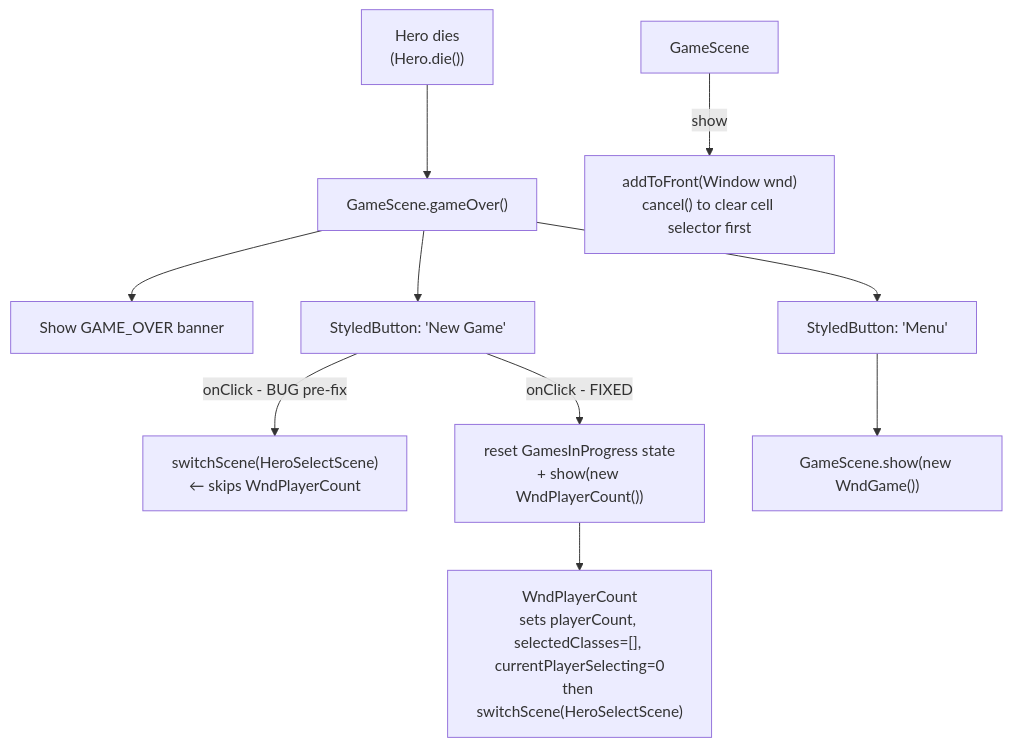
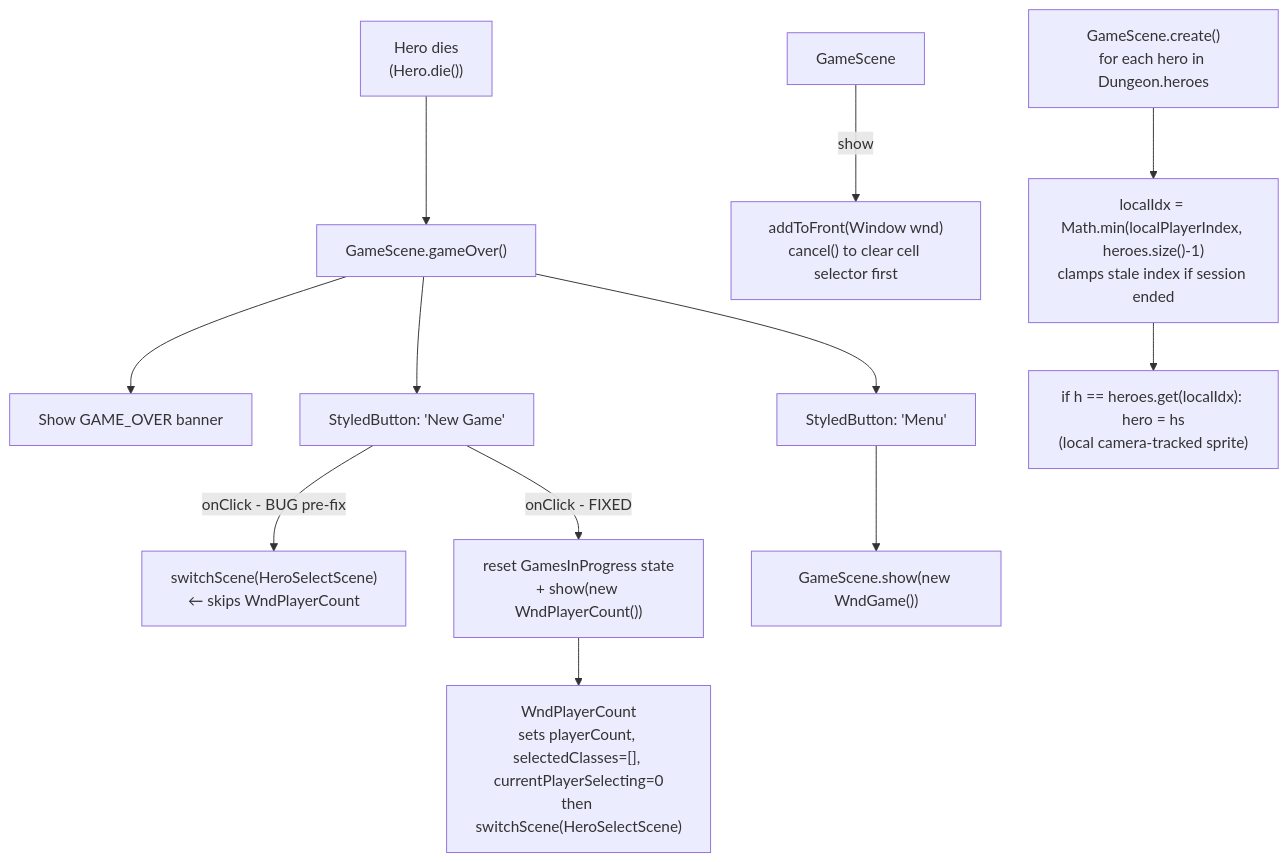
Before and after one commit to lewibs/shattered-pixel-dungeon-multiplayer: the diagram in docs/docs/game-scene.md, drawn with Mermaid. The commit also changed other lines of this file and 11 other files, not shown here.

````diff
--- a/docs/docs/game-scene.md
+++ b/docs/docs/game-scene.md
@@ -19,15 +19,18 @@
 ```mermaid
 flowchart TD
     Hero["Hero dies\n(Hero.die())"] --> Trigger["GameScene.gameOver()"]
     Trigger --> Banner["Show GAME_OVER banner"]
     Trigger --> RestartBtn["StyledButton: 'New Game'"]
     Trigger --> MenuBtn["StyledButton: 'Menu'"]
 
     RestartBtn -->|onClick - BUG pre-fix| Direct["switchScene(HeroSelectScene)\n← skips WndPlayerCount"]
     RestartBtn -->|onClick - FIXED| ShowWnd["reset GamesInProgress state\n+ show(new WndPlayerCount())"]
     ShowWnd --> WndPlayerCount["WndPlayerCount\nsets playerCount, selectedClasses=[], currentPlayerSelecting=0\nthen switchScene(HeroSelectScene)"]
 
     MenuBtn --> WndGame["GameScene.show(new WndGame())"]
 
     GameScene -->|show| Window["addToFront(Window wnd)\ncancel() to clear cell selector first"]
+
+    GameSceneCreate["GameScene.create()\nfor each hero in Dungeon.heroes"] --> LocalIdx["localIdx = Math.min(localPlayerIndex, heroes.size()-1)\nclamps stale index if session ended"]
+    LocalIdx --> HeroSprite["if h == heroes.get(localIdx): hero = hs\n(local camera-tracked sprite)"]
 ```
````
